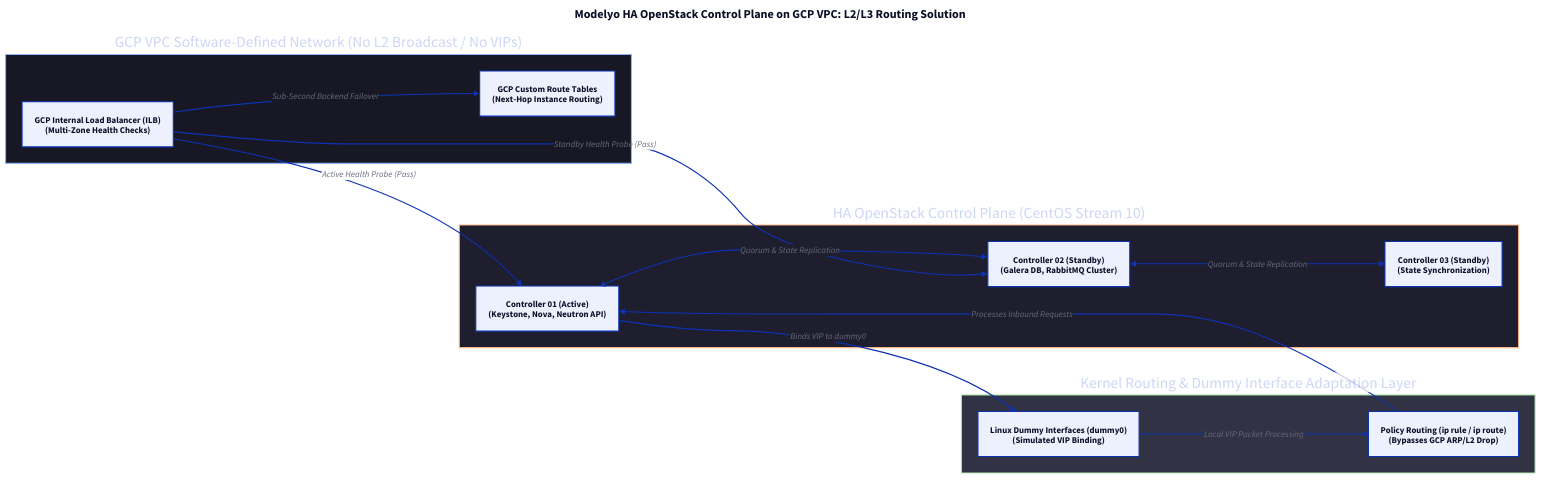
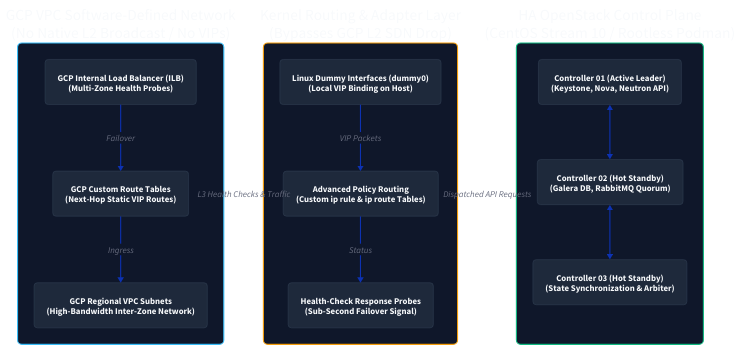
Before and after one commit to renich/contra: the diagram in assets/diagrams/modelyo-openstack-gcp.d2, drawn with D2. The commit also changed 8 other files, not shown here.

First line of the commit message:
style(diagrams): redesign architecture schematics into 1920x1080 16:9 hero showcase cards

```diff
--- a/assets/diagrams/modelyo-openstack-gcp.d2
+++ b/assets/diagrams/modelyo-openstack-gcp.d2
@@ -1,68 +1,77 @@
-direction: right
-
 classes: {
-  gcp_sdn: {
+  gcp_tier: {
     style: {
-      fill: "#181825"
-      stroke: "#89b4fa"
+      fill: "#0f172a"
+      stroke: "#38bdf8"
       stroke-width: 2
-      font-color: "#cdd6f4"
+      font-color: "#f8fafc"
+      border-radius: 8
     }
   }
-  openstack_cp: {
+  routing_tier: {
     style: {
-      fill: "#1e1e2e"
-      stroke: "#fab387"
+      fill: "#0f172a"
+      stroke: "#f59e0b"
       stroke-width: 2
-      font-color: "#cdd6f4"
+      font-color: "#f8fafc"
+      border-radius: 8
     }
   }
-  overlay_hack: {
+  openstack_tier: {
     style: {
-      fill: "#313244"
-      stroke: "#a6e3a1"
+      fill: "#0f172a"
+      stroke: "#10b981"
       stroke-width: 2
-      font-color: "#cdd6f4"
+      font-color: "#f8fafc"
+      border-radius: 8
+    }
+  }
+  node_box: {
+    style: {
+      fill: "#1e293b"
+      stroke: "#334155"
+      stroke-width: 1
+      font-color: "#f8fafc"
+      border-radius: 6
     }
   }
 }
 
-title: "Modelyo HA OpenStack Control Plane on GCP VPC: L2/L3 Routing Solution" {
-  near: top-center
-  shape: text
-  style: {
-    font-size: 22
-    bold: true
-  }
+grid-columns: 3
+grid-gap: 40
+
+gcp_sdn: "GCP VPC Software-Defined Network\n(No Native L2 Broadcast / No VIPs)" {
+  class: gcp_tier
+  
+  ilb: "GCP Internal Load Balancer (ILB)\n(Multi-Zone Health Probes)" { class: node_box }
+  routes: "GCP Custom Route Tables\n(Next-Hop Static VIP Routes)" { class: node_box }
+  vpc_net: "GCP Regional VPC Subnets\n(High-Bandwidth Inter-Zone Network)" { class: node_box }
+
+  ilb -> routes: Failover
+  routes -> vpc_net: Ingress
 }
 
-gcp_vpc: "GCP VPC Software-Defined Network (No L2 Broadcast / No VIPs)" {
-  class: gcp_sdn
+routing_layer: "Kernel Routing & Adapter Layer\n(Bypasses GCP L2 SDN Drop)" {
+  class: routing_tier
 
-  ilb: "GCP Internal Load Balancer (ILB)\n(Multi-Zone Health Checks)"
-  routes: "GCP Custom Route Tables\n(Next-Hop Instance Routing)"
-  ilb -> routes: "Sub-Second Backend Failover"
+  dummy: "Linux Dummy Interfaces (dummy0)\n(Local VIP Binding on Host)" { class: node_box }
+  policy: "Advanced Policy Routing\n(Custom ip rule & ip route Tables)" { class: node_box }
+  probes: "Health-Check Response Probes\n(Sub-Second Failover Signal)" { class: node_box }
+
+  dummy -> policy: VIP Packets
+  policy -> probes: Status
 }
 
-routing_layer: "Kernel Routing & Dummy Interface Adaptation Layer" {
-  class: overlay_hack
+control_plane: "HA OpenStack Control Plane\n(CentOS Stream 10 / Rootless Podman)" {
+  class: openstack_tier
 
-  dummy_net: "Linux Dummy Interfaces (dummy0)\n(Simulated VIP Binding)"
-  ip_rules: "Policy Routing (ip rule / ip route)\n(Bypasses GCP ARP/L2 Drop)"
-  dummy_net -> ip_rules: "Local VIP Packet Processing"
+  node1: "Controller 01 (Active Leader)\n(Keystone, Nova, Neutron API)" { class: node_box }
+  node2: "Controller 02 (Hot Standby)\n(Galera DB, RabbitMQ Quorum)" { class: node_box }
+  node3: "Controller 03 (Hot Standby)\n(State Synchronization & Arbiter)" { class: node_box }
+
+  node1 <-> node2
+  node2 <-> node3
 }
 
-controllers: "HA OpenStack Control Plane (CentOS Stream 10)" {
-  class: openstack_cp
-
-  node1: "Controller 01 (Active)\n(Keystone, Nova, Neutron API)"
-  node2: "Controller 02 (Standby)\n(Galera DB, RabbitMQ Cluster)"
-  node3: "Controller 03 (Standby)\n(State Synchronization)"
-
-  node1 <-> node2 <-> node3: "Quorum & State Replication"
-}
-
-gcp_vpc.ilb -> controllers.node1: "Active Health Probe (Pass)"
-gcp_vpc.ilb -> controllers.node2: "Standby Health Probe (Pass)"
-controllers.node1 -> routing_layer.dummy_net: "Binds VIP to dummy0"
-routing_layer.ip_rules -> controllers.node1: "Processes Inbound Requests"
+gcp_sdn -> routing_layer: "L3 Health Checks & Traffic"
+routing_layer -> control_plane: "Dispatched API Requests"
```
